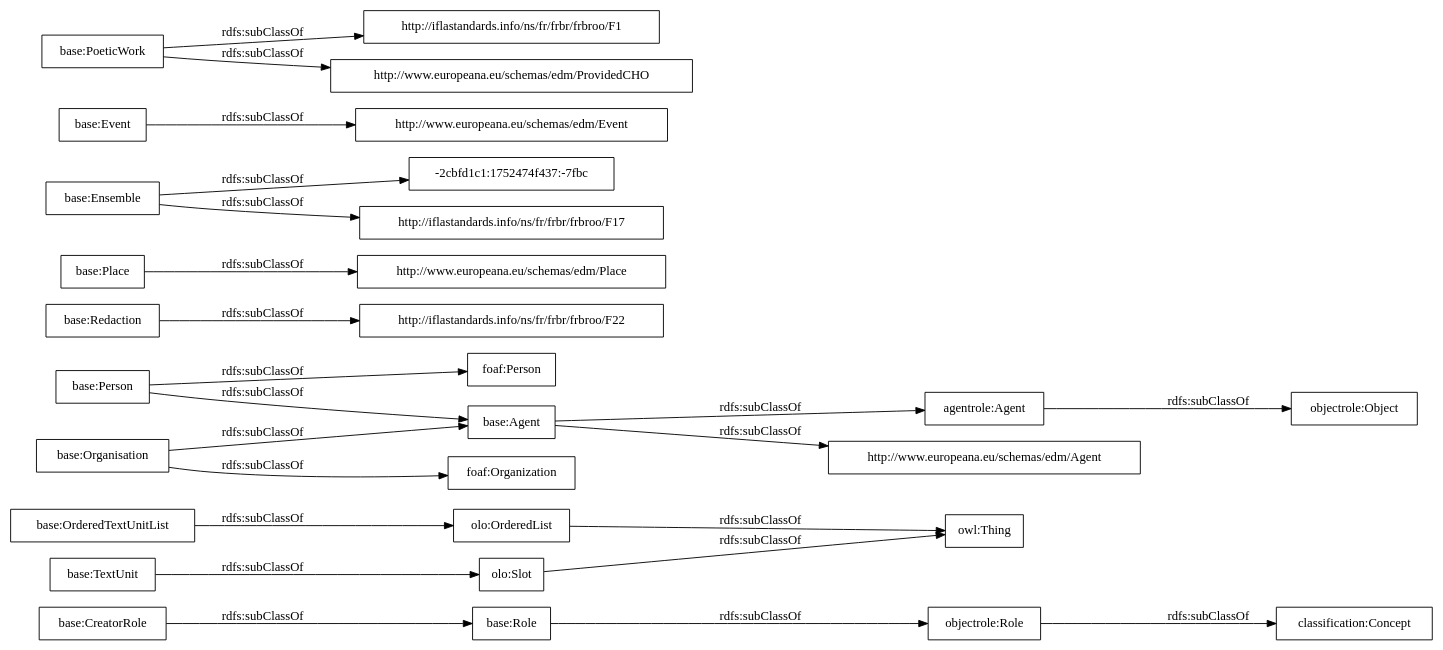
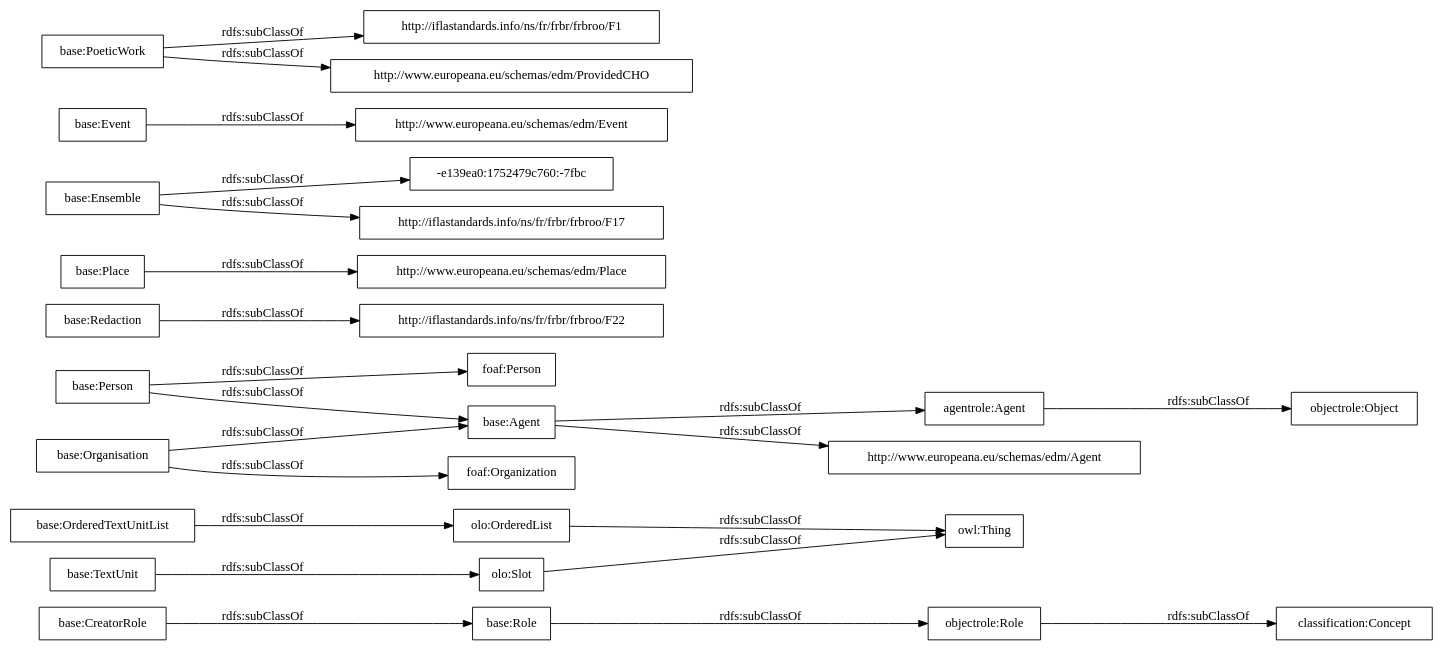
Before and after one commit to OnToologyUser/core-ontology-1: the diagram in OnToology/postdata-core.owl/diagrams/ar2dtool-taxonomy/postdata-core.owl.png.dot, drawn with Graphviz. The commit also changed 14 other files, not shown here.

```diff
--- a/OnToology/postdata-core.owl/diagrams/ar2dtool-taxonomy/postdata-core.owl.png.dot
+++ b/OnToology/postdata-core.owl/diagrams/ar2dtool-taxonomy/postdata-core.owl.png.dot
@@ -1,27 +1,27 @@
 digraph ar2dtool_diagram { 
 rankdir=LR;
 size="1000"
-node [shape = rectangle, color="black"]; "base:Role" "base:OrderedTextUnitList" "agentrole:Agent" "http://iflastandards.info/ns/fr/frbr/frbroo/F22" "http://www.europeana.eu/schemas/edm/Agent" "base:Agent" "base:CreatorRole" "base:Person" "base:Organisation" "http://www.europeana.eu/schemas/edm/Place" "base:Redaction" "base:Ensemble" "foaf:Person" "http://www.europeana.eu/schemas/edm/Event" "base:TextUnit" "http://iflastandards.info/ns/fr/frbr/frbroo/F1" "foaf:Organization" "http://www.europeana.eu/schemas/edm/ProvidedCHO" "base:Place" "base:Event" "-2cbfd1c1:1752474f437:-7fbc" "base:PoeticWork" "http://iflastandards.info/ns/fr/frbr/frbroo/F17" "owl:Thing" "objectrole:Role" "objectrole:Object" "olo:Slot" "olo:OrderedList" "classification:Concept" ; /*classes style*/
+node [shape = rectangle, color="black"]; "base:Role" "base:OrderedTextUnitList" "agentrole:Agent" "http://iflastandards.info/ns/fr/frbr/frbroo/F22" "http://www.europeana.eu/schemas/edm/Agent" "base:Agent" "base:CreatorRole" "base:Person" "base:Organisation" "http://www.europeana.eu/schemas/edm/Place" "base:Redaction" "base:Ensemble" "foaf:Person" "http://www.europeana.eu/schemas/edm/Event" "base:TextUnit" "http://iflastandards.info/ns/fr/frbr/frbroo/F1" "foaf:Organization" "http://www.europeana.eu/schemas/edm/ProvidedCHO" "base:Place" "base:Event" "-e139ea0:1752479c760:-7fbc" "base:PoeticWork" "http://iflastandards.info/ns/fr/frbr/frbroo/F17" "owl:Thing" "objectrole:Role" "objectrole:Object" "olo:Slot" "olo:OrderedList" "classification:Concept" ; /*classes style*/
 	"base:Redaction" -> "http://iflastandards.info/ns/fr/frbr/frbroo/F22" [ label = "rdfs:subClassOf" ];
 	"base:Role" -> "objectrole:Role" [ label = "rdfs:subClassOf" ];
 	"base:Event" -> "http://www.europeana.eu/schemas/edm/Event" [ label = "rdfs:subClassOf" ];
 	"base:Person" -> "foaf:Person" [ label = "rdfs:subClassOf" ];
 	"base:Person" -> "base:Agent" [ label = "rdfs:subClassOf" ];
 	"olo:OrderedList" -> "owl:Thing" [ label = "rdfs:subClassOf" ];
 	"olo:Slot" -> "owl:Thing" [ label = "rdfs:subClassOf" ];
 	"base:PoeticWork" -> "http://www.europeana.eu/schemas/edm/ProvidedCHO" [ label = "rdfs:subClassOf" ];
 	"base:PoeticWork" -> "http://iflastandards.info/ns/fr/frbr/frbroo/F1" [ label = "rdfs:subClassOf" ];
 	"base:TextUnit" -> "olo:Slot" [ label = "rdfs:subClassOf" ];
 	"agentrole:Agent" -> "objectrole:Object" [ label = "rdfs:subClassOf" ];
-	"base:Ensemble" -> "-2cbfd1c1:1752474f437:-7fbc" [ label = "rdfs:subClassOf" ];
+	"base:Ensemble" -> "-e139ea0:1752479c760:-7fbc" [ label = "rdfs:subClassOf" ];
 	"base:Ensemble" -> "http://iflastandards.info/ns/fr/frbr/frbroo/F17" [ label = "rdfs:subClassOf" ];
 	"base:OrderedTextUnitList" -> "olo:OrderedList" [ label = "rdfs:subClassOf" ];
 	"base:Agent" -> "agentrole:Agent" [ label = "rdfs:subClassOf" ];
 	"base:Agent" -> "http://www.europeana.eu/schemas/edm/Agent" [ label = "rdfs:subClassOf" ];
 	"objectrole:Role" -> "classification:Concept" [ label = "rdfs:subClassOf" ];
 	"base:Place" -> "http://www.europeana.eu/schemas/edm/Place" [ label = "rdfs:subClassOf" ];
 	"base:Organisation" -> "foaf:Organization" [ label = "rdfs:subClassOf" ];
 	"base:Organisation" -> "base:Agent" [ label = "rdfs:subClassOf" ];
 	"base:CreatorRole" -> "base:Role" [ label = "rdfs:subClassOf" ];
 
 }
```
